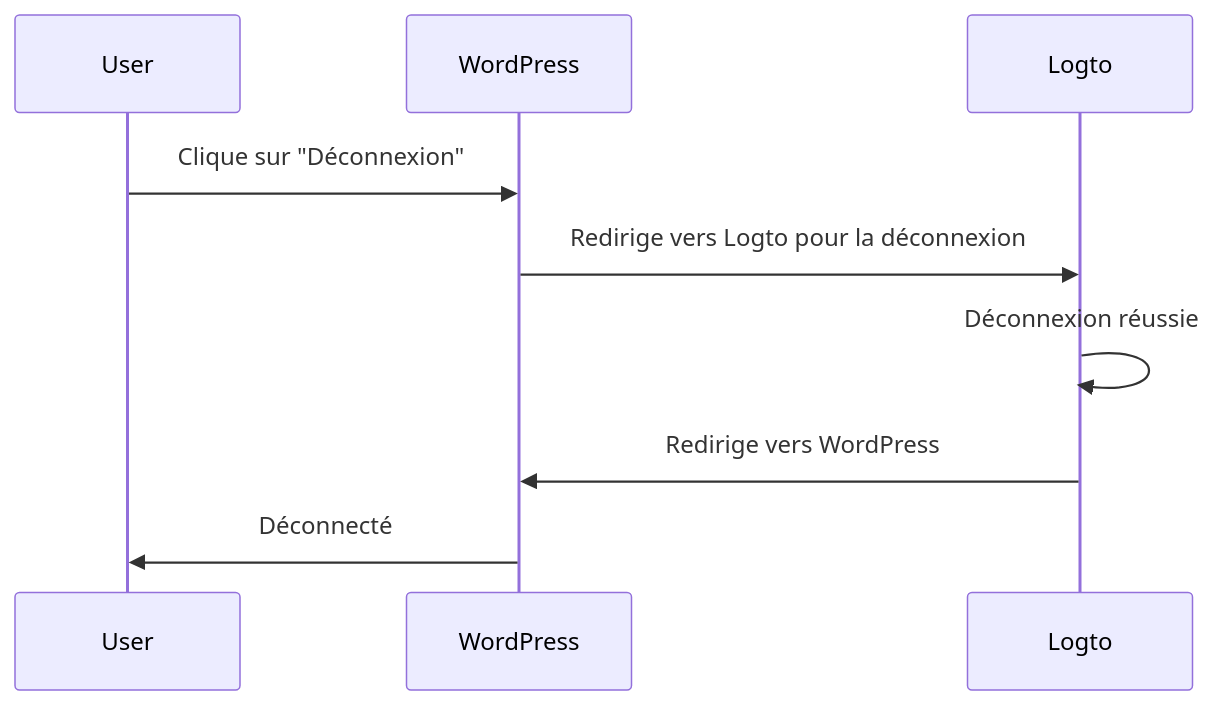
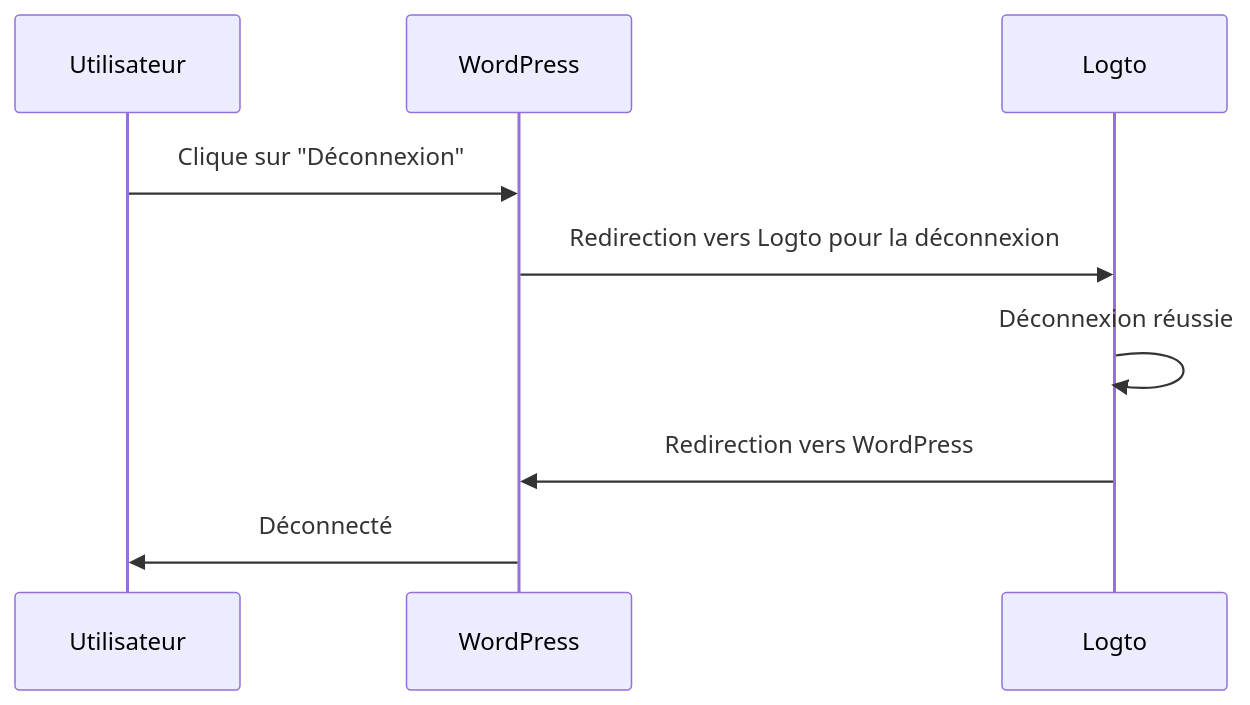
The second of 2 diagrams in i18n/fr/docusaurus-plugin-content-docs/current/quick-starts/framework/wordpress-plugin/_integration.mdx (logto-io/docs), drawn with Mermaid before and after one commit. The commit also changed other lines of this file and 407 other files, not shown here.

````diff
--- a/i18n/fr/docusaurus-plugin-content-docs/current/quick-starts/framework/wordpress-plugin/_integration.mdx
+++ b/i18n/fr/docusaurus-plugin-content-docs/current/quick-starts/framework/wordpress-plugin/_integration.mdx
@@ -78,12 +72,12 @@
 ```mermaid
 sequenceDiagram
-    participant User
+    participant Utilisateur
     participant WordPress
     participant Logto
 
-    User->>WordPress: Clique sur "Déconnexion"
-    WordPress->>Logto: Redirige vers Logto pour la déconnexion
+    Utilisateur->>WordPress: Clique sur "Déconnexion"
+    WordPress->>Logto: Redirection vers Logto pour la déconnexion
     Logto->>Logto: Déconnexion réussie
-    Logto->>WordPress: Redirige vers WordPress
-    WordPress->>User: Déconnecté
+    Logto->>WordPress: Redirection vers WordPress
+    WordPress->>Utilisateur: Déconnecté
 ```
````
